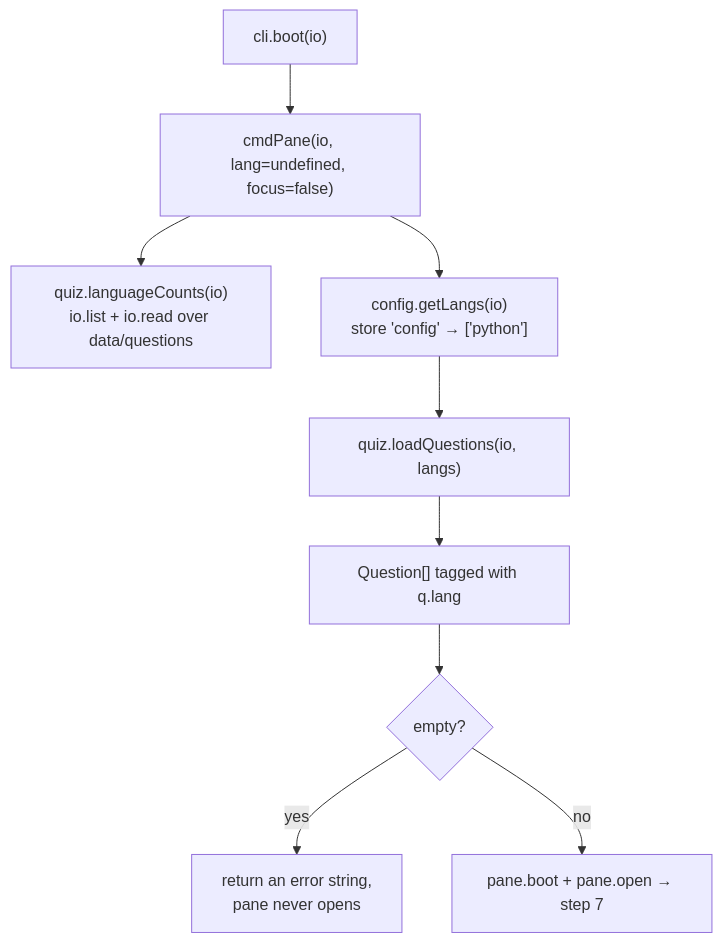
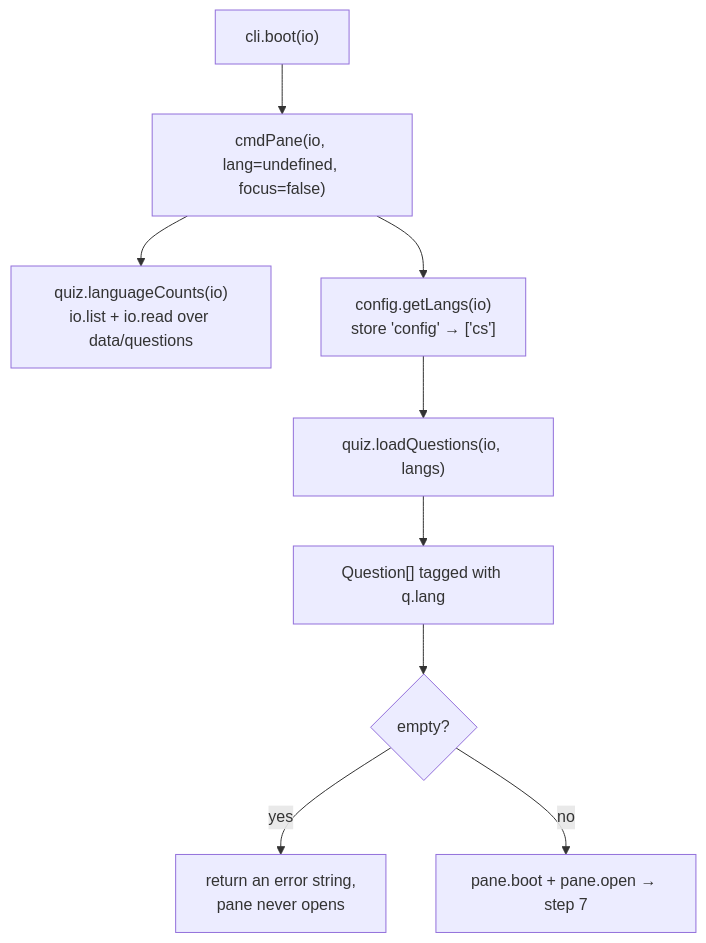
Before and after one commit to mingzew/biteq: the fourth of 12 diagrams in docs/lesson-plan.md, drawn with Mermaid. The commit also changed other lines of this file and 17 other files, not shown here.

````diff
--- a/docs/lesson-plan.md
+++ b/docs/lesson-plan.md
@@ -229,11 +221,11 @@
 ```mermaid
 flowchart TB
   B["cli.boot(io)"] --> P["cmdPane(io, lang=undefined, focus=false)"]
   P --> LC["quiz.languageCounts(io)<br/>io.list + io.read over data/questions"]
-  P --> GL["config.getLangs(io)<br/>store 'config' → ['python']"]
+  P --> GL["config.getLangs(io)<br/>store 'config' → ['cs']"]
   GL --> LQ["quiz.loadQuestions(io, langs)"]
   LQ --> Q["Question[] tagged with q.lang"]
   Q --> E{"empty?"}
   E -->|yes| MSG["return an error string,<br/>pane never opens"]
   E -->|no| ON["pane.boot + pane.open → step 7"]
 ```
````
